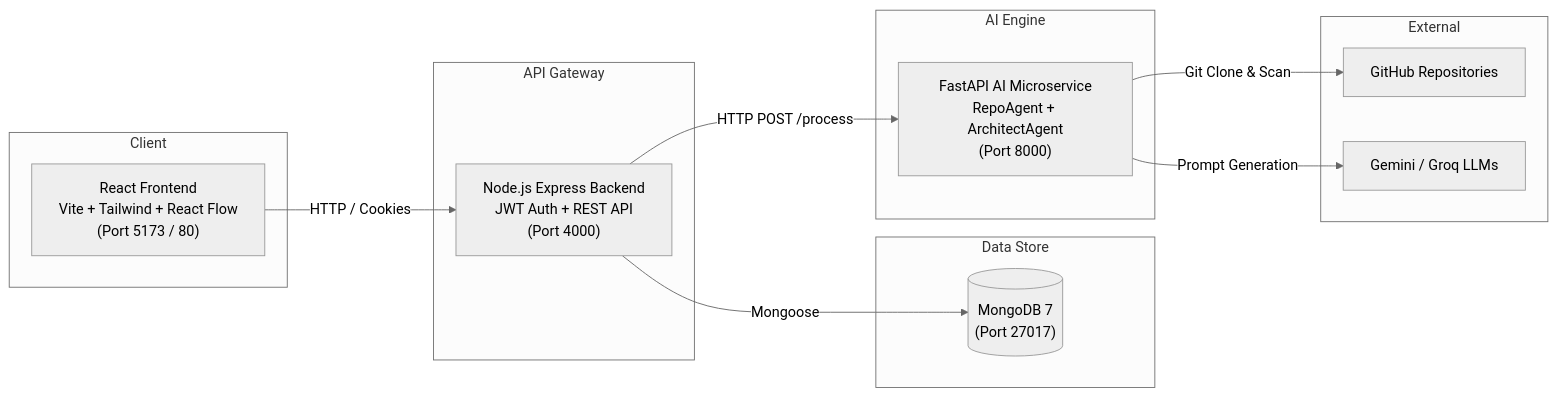
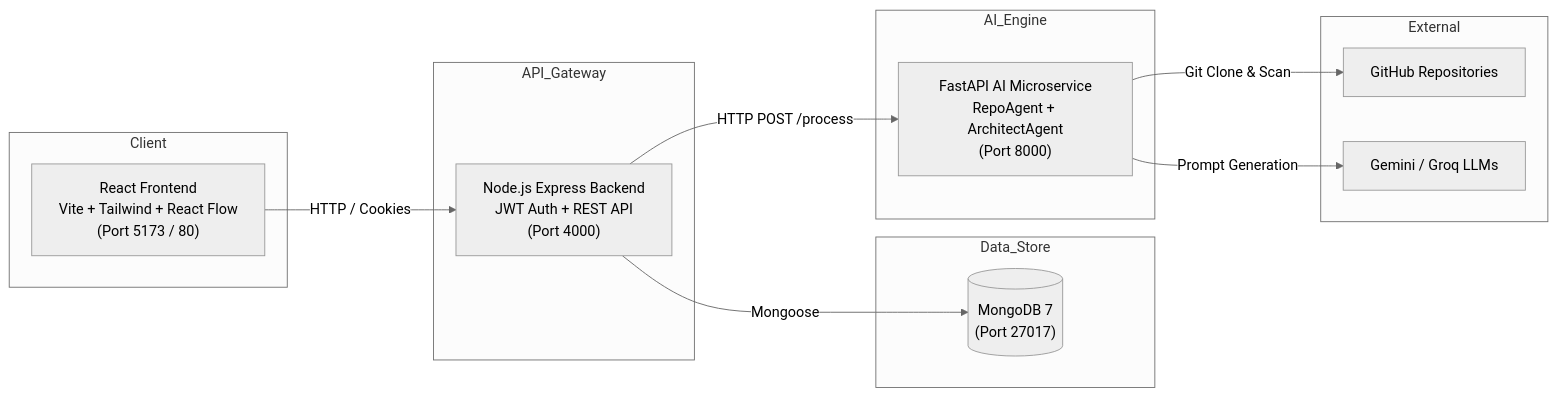
One commit to omkarbg100/CloudMate changed the diagram in README.md. Above: the diagram before and after it, drawn with Mermaid (neutral theme). The commit also changed other lines of this file and 3 other files, not shown here.

````diff
--- a/README.md
+++ b/README.md
@@ -25,29 +26,29 @@
 ```mermaid
 graph LR
     subgraph Client
-        FE["React Frontend<br>Vite + Tailwind + React Flow<br>(Port 5173 / 80)"]
+        FE["React Frontend<br/>Vite + Tailwind + React Flow<br/>(Port 5173 / 80)"]
     end
 
-    subgraph API Gateway
-        BE["Node.js Express Backend<br>JWT Auth + REST API<br>(Port 4000)"]
+    subgraph API_Gateway
+        BE["Node.js Express Backend<br/>JWT Auth + REST API<br/>(Port 4000)"]
     end
 
-    subgraph Data Store
-        DB[("MongoDB 7<br>(Port 27017)")]
+    subgraph Data_Store
+        DB[("MongoDB 7<br/>(Port 27017)")]
     end
 
-    subgraph AI Engine
-        AI["FastAPI AI Microservice<br>RepoAgent + ArchitectAgent<br>(Port 8000)"]
+    subgraph AI_Engine
+        AI["FastAPI AI Microservice<br/>RepoAgent + ArchitectAgent<br/>(Port 8000)"]
     end
 
     subgraph External
         GH["GitHub Repositories"]
         LLM["Gemini / Groq LLMs"]
     end
 
     FE -->|HTTP / Cookies| BE
     BE -->|Mongoose| DB
     BE -->|HTTP POST /process| AI
     AI -->|Git Clone & Scan| GH
     AI -->|Prompt Generation| LLM
 ```
````
